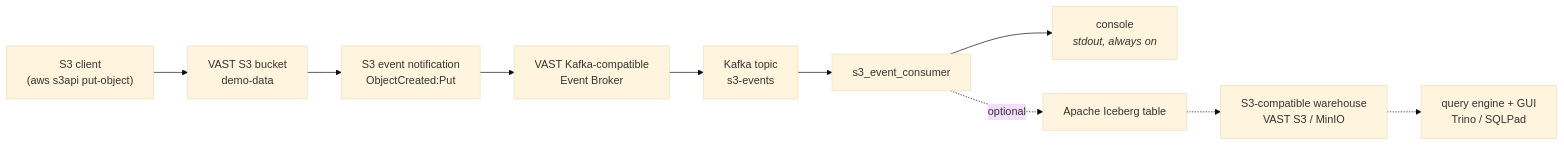
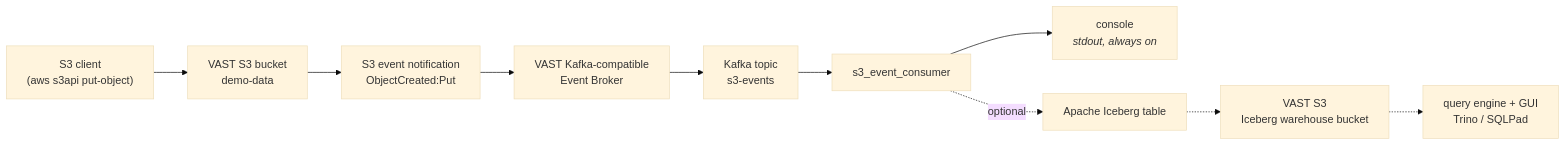
The diagram in README.md (kmacvast/s3_event_consumer), drawn with Mermaid (base theme) before and after one commit. The commit also changed other lines of this file and 24 other files, not shown here.

````diff
--- a/README.md
+++ b/README.md
@@ -84,12 +84,12 @@
 ```mermaid
 flowchart LR
     A["S3 client<br/>(aws s3api put-object)"] --> B["VAST S3 bucket<br/>demo-data"]
     B --> C["S3 event notification<br/>ObjectCreated:Put"]
     C --> D["VAST Kafka-compatible<br/>Event Broker"]
     D --> E["Kafka topic<br/>s3-events"]
     E --> F["s3_event_consumer"]
     F --> G["console<br/><i>stdout, always on</i>"]
     F -.->|optional| H["Apache Iceberg table"]
-    H -.-> I["S3-compatible warehouse<br/>VAST S3 / MinIO"]
+    H -.-> I["VAST S3<br/>Iceberg warehouse bucket"]
     I -.-> J["query engine + GUI<br/>Trino / SQLPad"]
 ```
````
